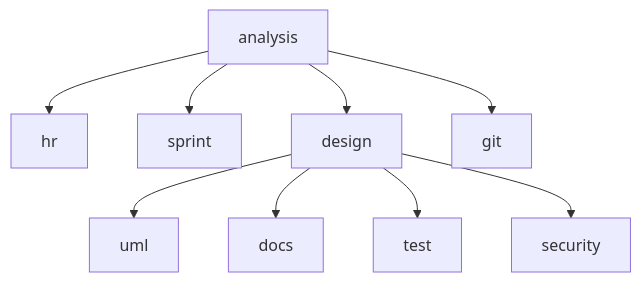
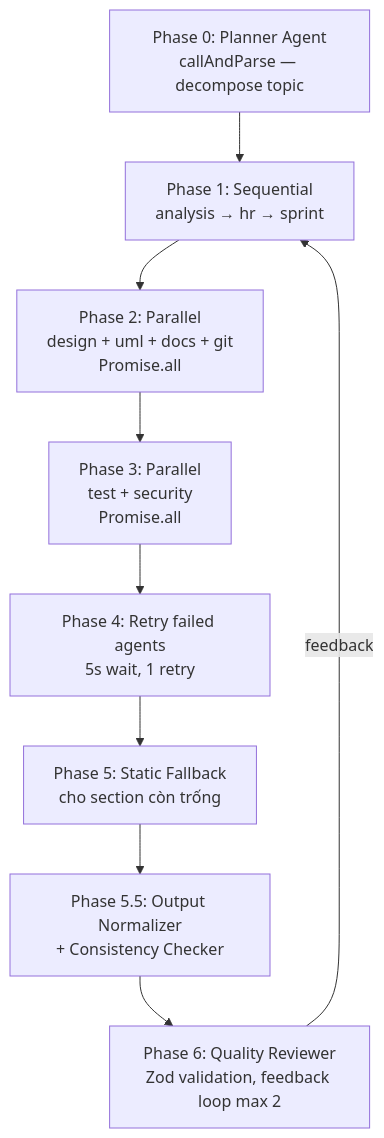
Before and after one commit to vanhoi04082006-pixel/Nexus-AI: the first of 2 diagrams in docs/ARCHITECTURE.md, drawn with Mermaid. The commit also changed other lines of this file and 14 other files, not shown here.

````diff
--- a/docs/ARCHITECTURE.md
+++ b/docs/ARCHITECTURE.md
@@ -855,11 +213,14 @@
 ```mermaid
-graph TD
-    A[analysis] --> B[hr]
-    A --> C[sprint]
-    A --> D[design]
-    A --> E[git]
-    D --> F[uml]
-    D --> G[docs]
-    D --> H[test]
-    D --> I[security]
+flowchart TD
+    P0[Phase 0: Planner Agent<br/>callAndParse — decompose topic]
+    P1[Phase 1: Sequential<br/>analysis → hr → sprint]
+    P2[Phase 2: Parallel<br/>design + uml + docs + git<br/>Promise.all]
+    P3[Phase 3: Parallel<br/>test + security<br/>Promise.all]
+    P4[Phase 4: Retry failed agents<br/>5s wait, 1 retry]
+    P5[Phase 5: Static Fallback<br/>cho section còn trống]
+    P55[Phase 5.5: Output Normalizer<br/>+ Consistency Checker]
+    P6[Phase 6: Quality Reviewer<br/>Zod validation, feedback loop max 2]
+
+    P0 --> P1 --> P2 --> P3 --> P4 --> P5 --> P55 --> P6
+    P6 -->|feedback| P1
 ```
````
